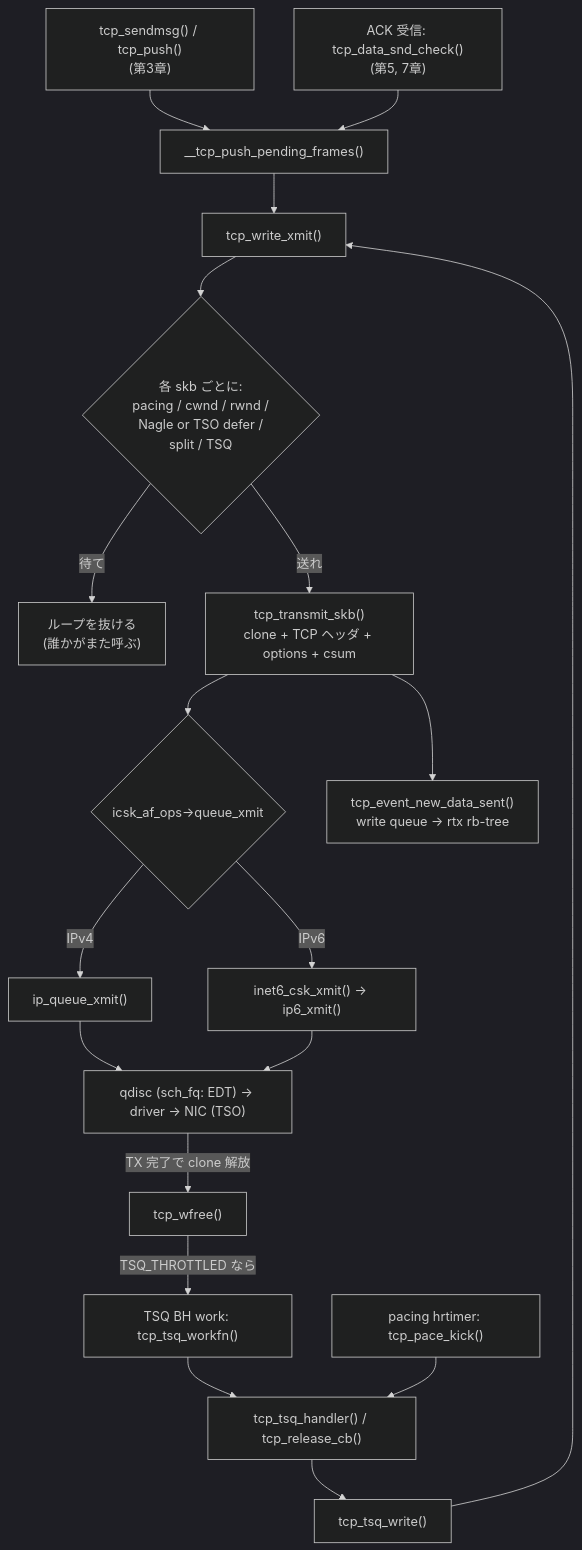
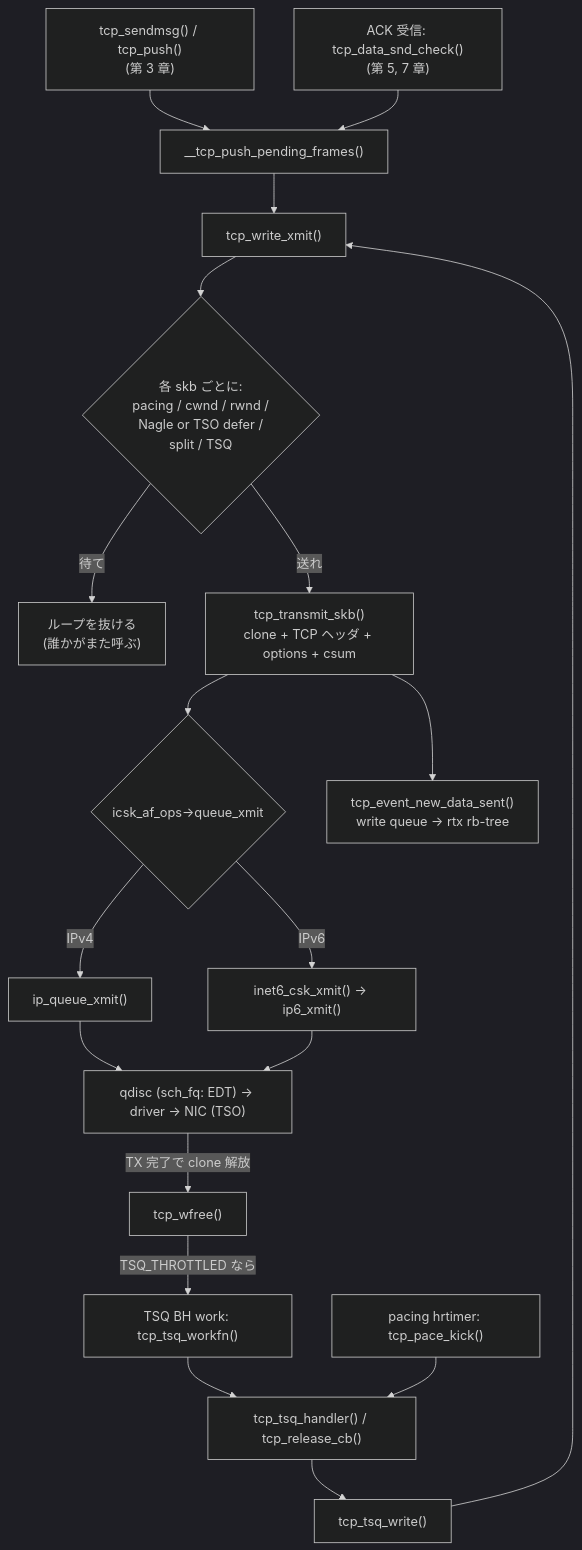
One commit to q2ven/tcp-eli5 changed the diagram in ja/04-write-xmit.md. Above: the diagram before and after it, drawn with Mermaid (dark theme). The commit also changed other lines of this file and 42 other files, not shown here.

````diff
--- a/ja/04-write-xmit.md
+++ b/ja/04-write-xmit.md
@@ -104,20 +104,20 @@
 ```mermaid
 flowchart TD
-    A["tcp_sendmsg() / tcp_push()<br/>(第3章)"] --> P["__tcp_push_pending_frames()"]
-    B["ACK 受信: tcp_data_snd_check()<br/>(第5, 7章)"] --> P
+    A["tcp_sendmsg() / tcp_push()<br/>(第 3 章)"] --> P["__tcp_push_pending_frames()"]
+    B["ACK 受信: tcp_data_snd_check()<br/>(第 5, 7 章)"] --> P
     P --> W["tcp_write_xmit()"]
     T1["TSQ BH work: tcp_tsq_workfn()"] --> H["tcp_tsq_handler() / tcp_release_cb()"]
     T2["pacing hrtimer: tcp_pace_kick()"] --> H
     H --> TW["tcp_tsq_write()"] --> W
     W --> C{"各 skb ごとに:<br/>pacing / cwnd / rwnd /<br/>Nagle or TSO defer /<br/>split / TSQ"}
     C -- "待て" --> R["ループを抜ける<br/>(誰かがまた呼ぶ)"]
     C -- "送れ" --> X["tcp_transmit_skb()<br/>clone + TCP ヘッダ + options + csum"]
     X --> Q{"icsk_af_ops->queue_xmit"}
     Q -- IPv4 --> I4["ip_queue_xmit()"]
     Q -- IPv6 --> I6["inet6_csk_xmit() → ip6_xmit()"]
     I4 --> D["qdisc (sch_fq: EDT) → driver → NIC (TSO)"]
     I6 --> D
     X --> N["tcp_event_new_data_sent()<br/>write queue → rtx rb-tree"]
     D -- "TX 完了で clone 解放" --> F["tcp_wfree()"]
     F -- "TSQ_THROTTLED なら" --> T1
 ```
````
